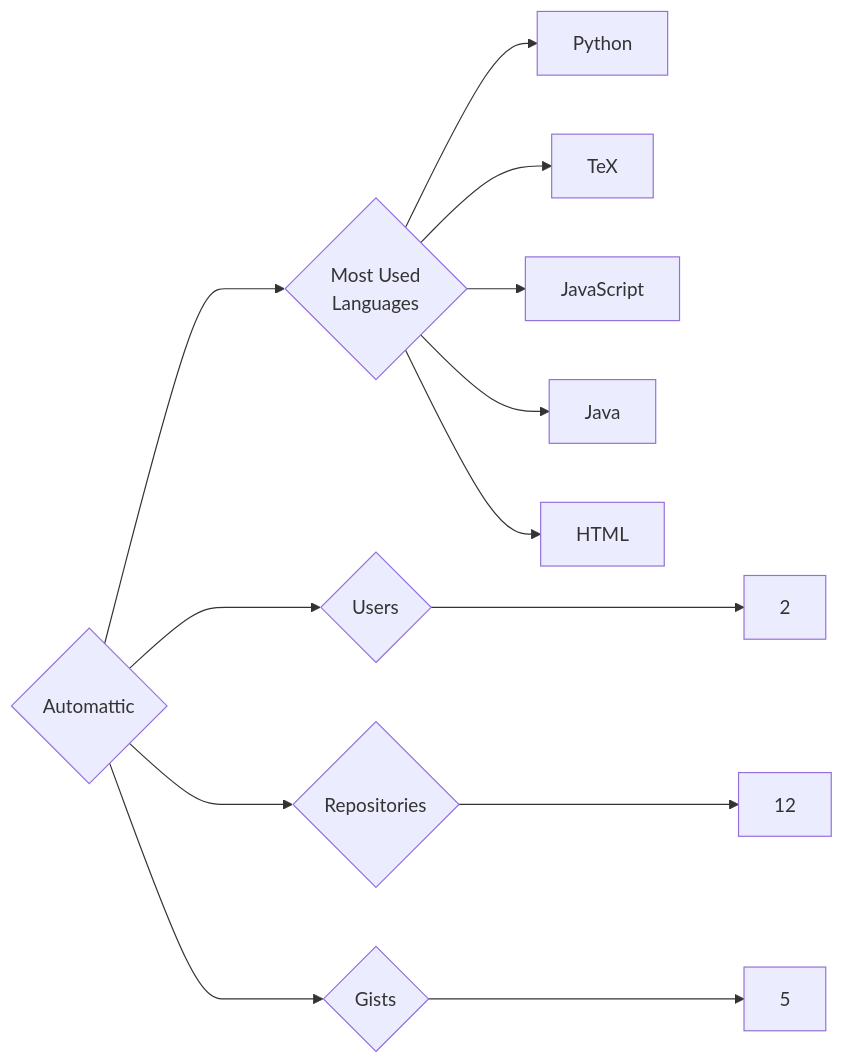
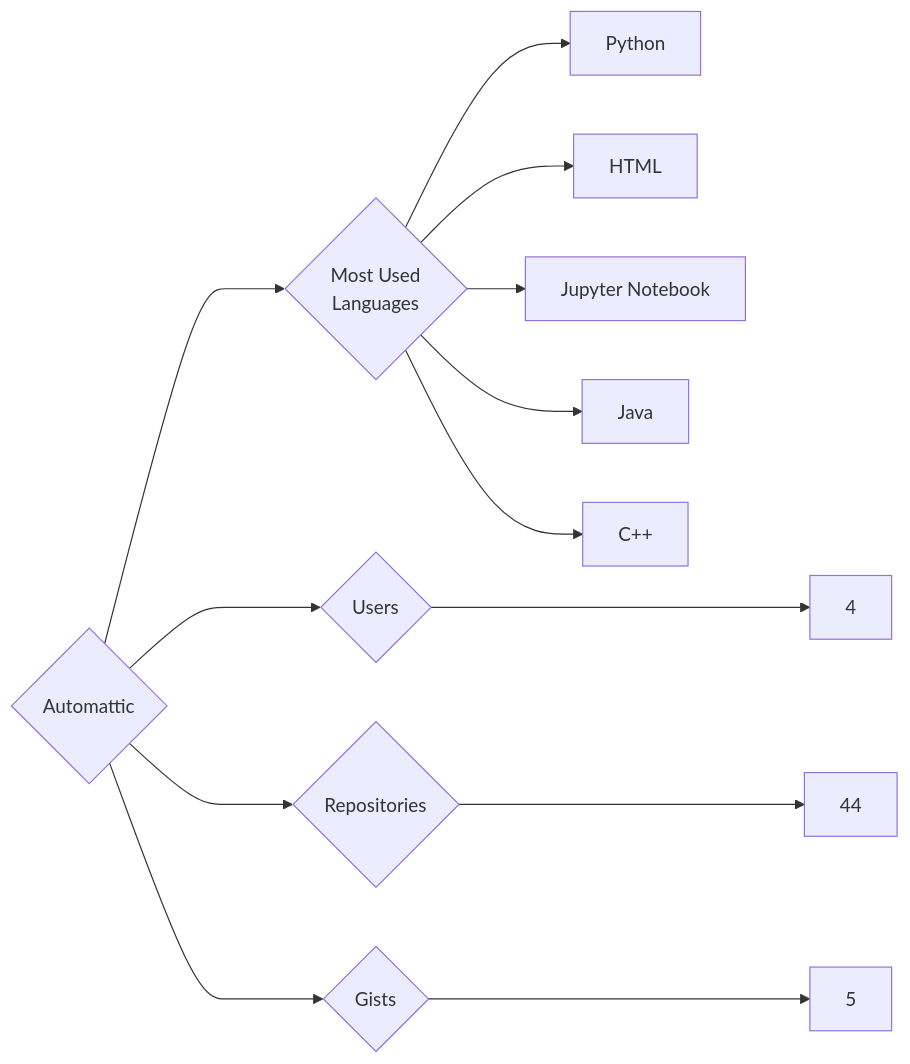
One commit to trickest/insiders changed the diagram in targets/Automattic/README.md. Above: the diagram before and after it, drawn with Mermaid. The commit also changed 938 other files, not shown here.

````diff
--- a/targets/Automattic/README.md
+++ b/targets/Automattic/README.md
@@ -3,13 +3,13 @@
 ```mermaid
 graph LR
 COMPANY_NAME{Automattic}
-COMPANY_NAME ---> U{Users} ---> UN[2]
-COMPANY_NAME ---> R{Repositories} ---> RN[12]
+COMPANY_NAME ---> U{Users} ---> UN[4]
+COMPANY_NAME ---> R{Repositories} ---> RN[44]
 COMPANY_NAME ---> G{Gists} ---> GN[5]
 COMPANY_NAME ---> ML{Most Used<br>Languages}
 ML --> Python[Python]
-ML --> TeX[TeX]
-ML --> JavaScript[JavaScript]
+ML --> HTML[HTML]
+ML --> Jupyter_Notebook[Jupyter Notebook]
 ML --> Java[Java]
-ML --> HTML[HTML]
+ML --> C++[C++]
 ```
````
